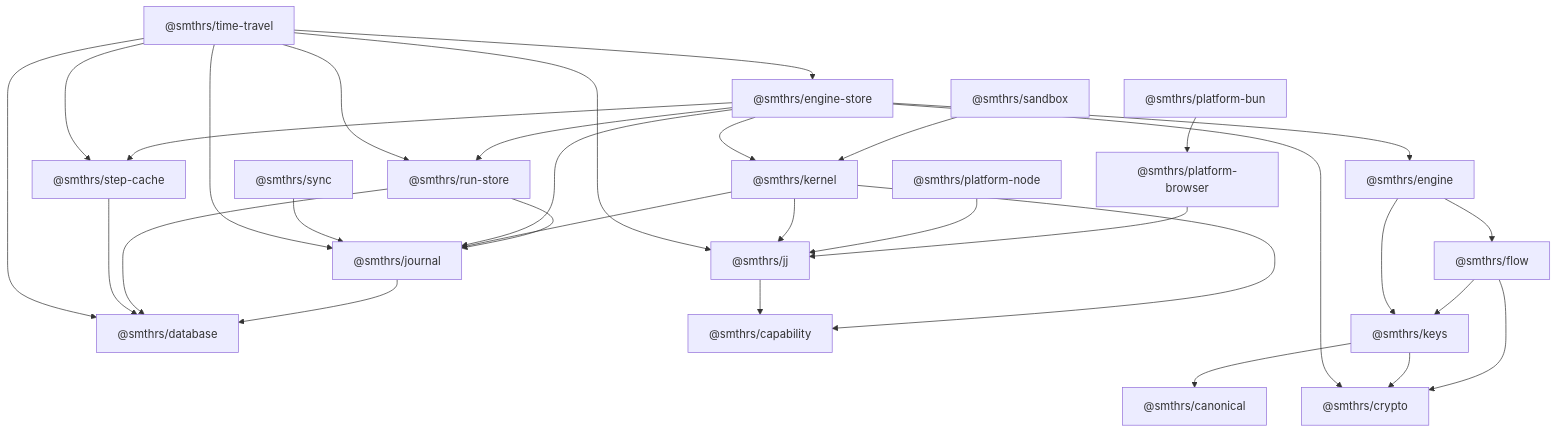
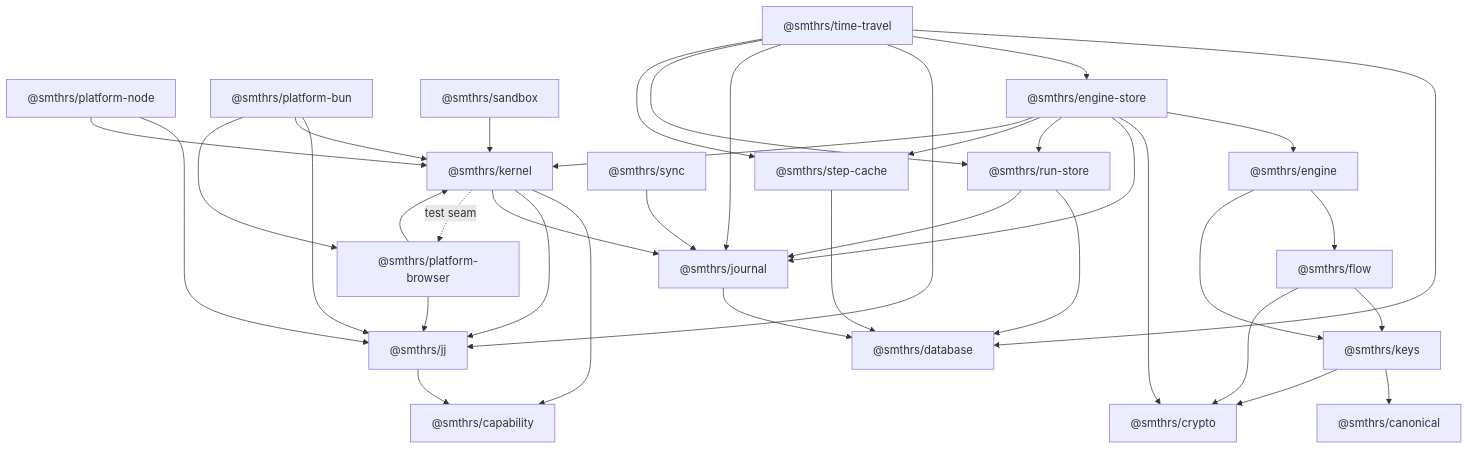
Before and after one commit to smithersai/flows: the diagram in docs/architecture/package-map.md, drawn with Mermaid. The commit also changed other lines of this file and 39 other files, not shown here.

````diff
--- a/docs/architecture/package-map.md
+++ b/docs/architecture/package-map.md
@@ -7,44 +7,49 @@
 ```mermaid
 flowchart TD
   PN["@smthrs/platform-node"]
   PBUN["@smthrs/platform-bun"]
   JJ["@smthrs/jj"]
   SB["@smthrs/sandbox"]
   PB["@smthrs/platform-browser"]
   D["@smthrs/database"]
   C["@smthrs/canonical"]
   Crypto["@smthrs/crypto"]
   CAP["@smthrs/capability"]
 
   J["@smthrs/journal"] --> D
   RS["@smthrs/run-store"] --> D
   RS --> J
   SC["@smthrs/step-cache"] --> D
   PB --> JJ
+  PB --> K
   PN --> JJ
+  PN --> K
+  PBUN --> JJ
+  PBUN --> K
   PBUN --> PB
   SB --> K
   K["@smthrs/kernel"] --> CAP
   K --> JJ
   K --> J
+  K -.test seam.-> PB
   JJ --> CAP
   F["@smthrs/flow"] --> Keys["@smthrs/keys"]
   F --> Crypto
   W["@smthrs/engine"] --> F
   W --> Keys
   Keys --> C
   Keys --> Crypto
   E["@smthrs/engine-store"] --> W
   E --> Crypto
   E --> J
   E --> RS
   E --> SC
   E --> K
   S["@smthrs/sync"] --> J
   T["@smthrs/time-travel"] --> D
   T --> E
   T --> JJ
   T --> J
   T --> RS
   T --> SC
 ```
````
